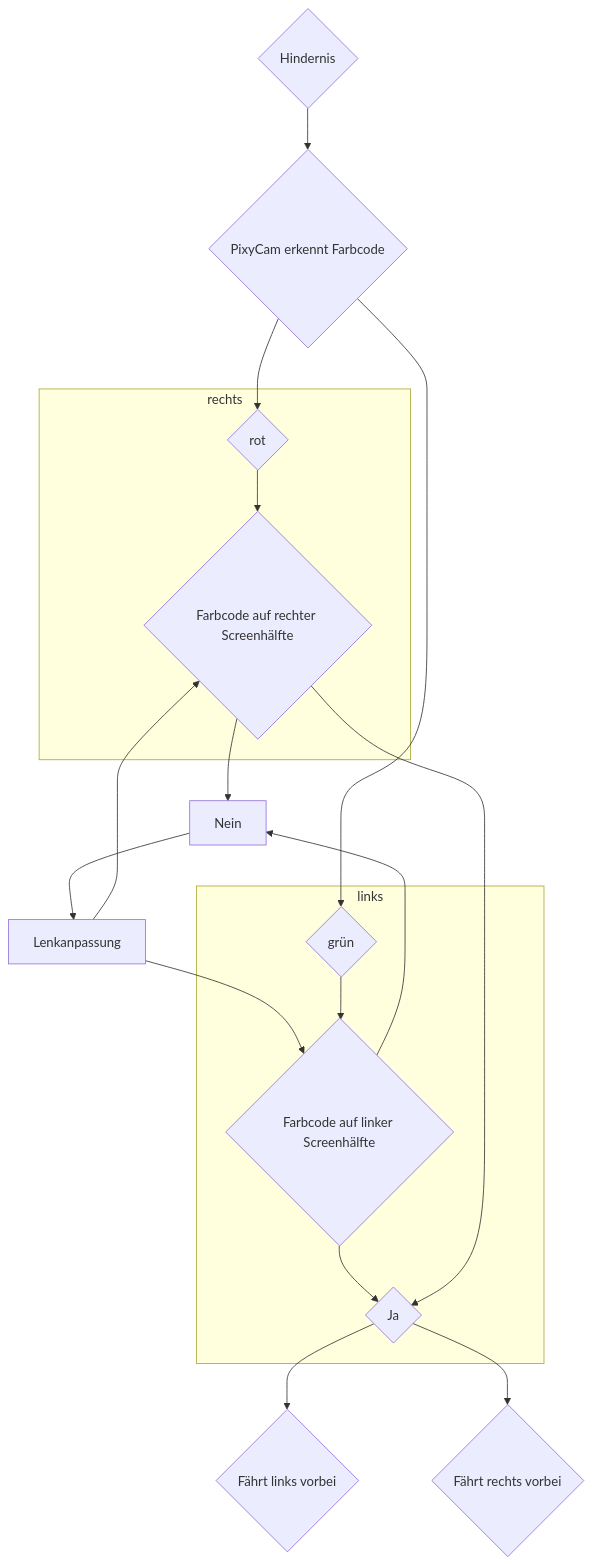
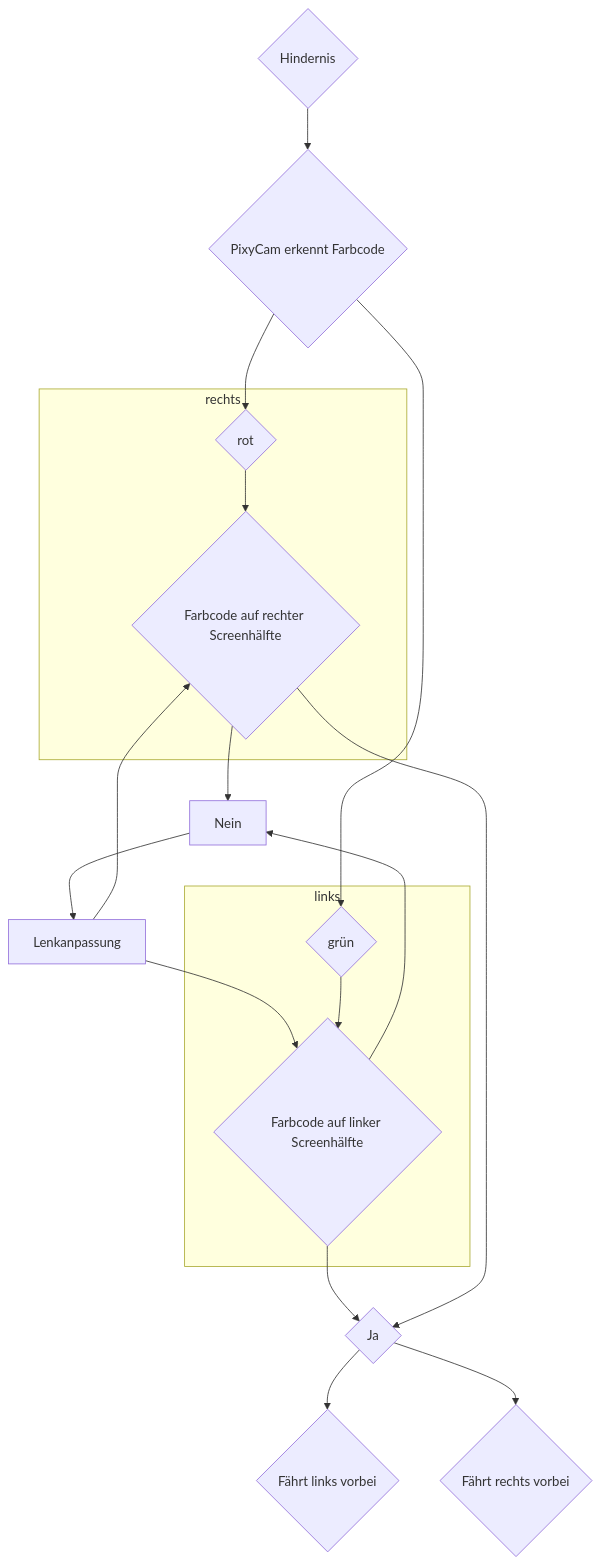
The diagram in Programme/Hindernisrennen/README.md (SchroedingersBit/PfortGTPanama), drawn with Mermaid before and after one commit.

````diff
--- a/Programme/Hindernisrennen/README.md
+++ b/Programme/Hindernisrennen/README.md
@@ -4,29 +4,31 @@
 ```mermaid
 flowchart TB;
 B-->C{rot};
 A{Hindernis} -->B{PixyCam erkennt Farbcode};
 B-->E{grün};
 C1 --> Nein;
 Nein --> Lenkanpassung;
 C2 --> Nein; 
 Lenkanpassung-->C1;
 Lenkanpassung -->C2;
+C1-->J{Ja};
 J-->R{Fährt links vorbei};
+
 J-->L{Fährt rechts vorbei};
-
+C2-->J;
 subgraph links
 E-->C1{Farbcode auf linker Screenhälfte};
 
 
-C1-->J{Ja};
+
 
 end
 
 subgraph rechts
 C-->C2{Farbcode auf rechter Screenhälfte};
 
 
-C2-->J;
+
 
 end
 ```
````
